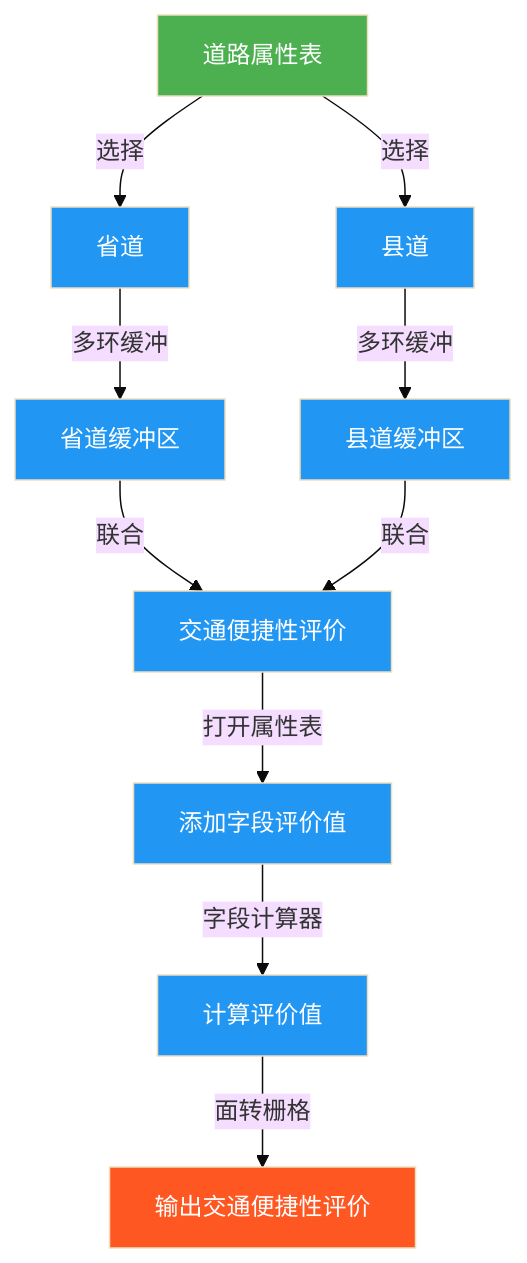
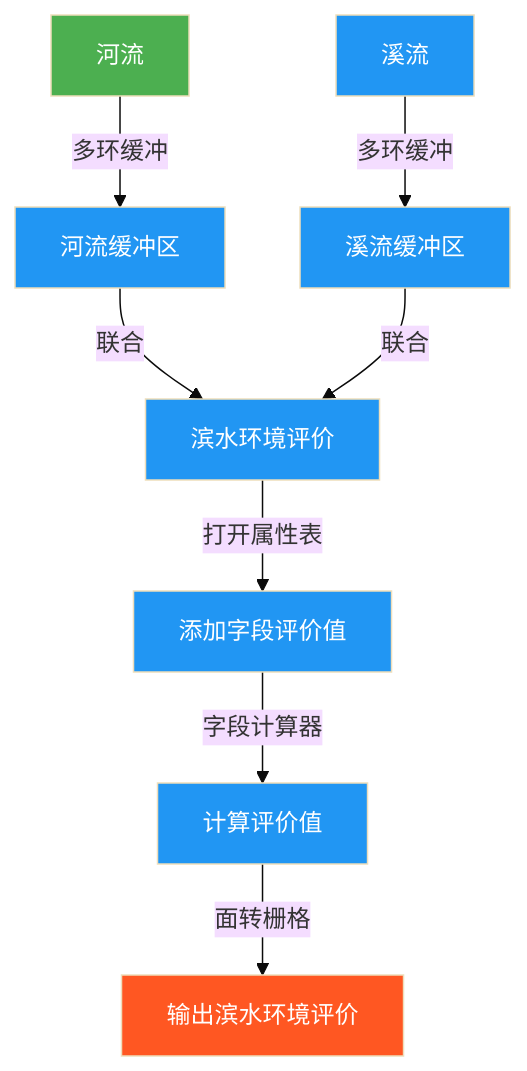
One commit to newguser/iodraw-files changed the diagram in all/未命名.md. Above: the diagram before and after it, drawn with Mermaid (base theme).

Commit message:
2025-02-27 16:09:06 update

````diff
--- a/all/未命名.md
+++ b/all/未命名.md
@@ -1,17 +1,15 @@
 ```mermaid
 graph TD
-    A[道路属性表] -->|选择| B[省道]
-    B -->|多环缓冲| C[省道缓冲区]
-    A -->|选择| D[县道]
-    D -->|多环缓冲| E[县道缓冲区]
-    C -->|联合| F[交通便捷性评价]
-    E -->|联合| F
-    F -->|打开属性表| G[添加字段评价值]
-    G -->|字段计算器| H[计算评价值]
-    H -->|面转栅格| I[输出交通便捷性评价]
+    A[河流] -->|多环缓冲| B[河流缓冲区]
+    C[溪流] -->|多环缓冲| D[溪流缓冲区]
+    B -->|联合| E[滨水环境评价]
+    D -->|联合| E
+    E -->|打开属性表| F[添加字段评价值]
+    F -->|字段计算器| G[计算评价值]
+    G -->|面转栅格| H[输出滨水环境评价]
 
     style A fill:#4CAF50,color:white
-    style I fill:#FF5722,color:white
+    style H fill:#FF5722,color:white
     classDef process fill:#2196F3,color:white;
-    class B,C,D,E,F,G,H process
+    class B,C,D,E,F,G process
 ```
````
